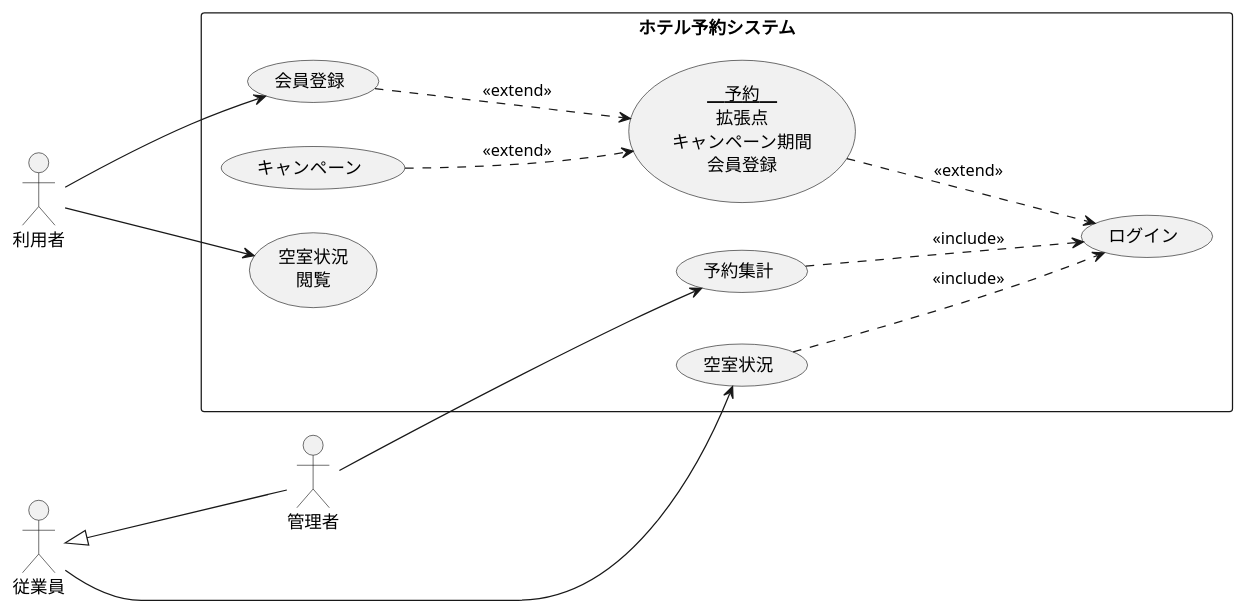
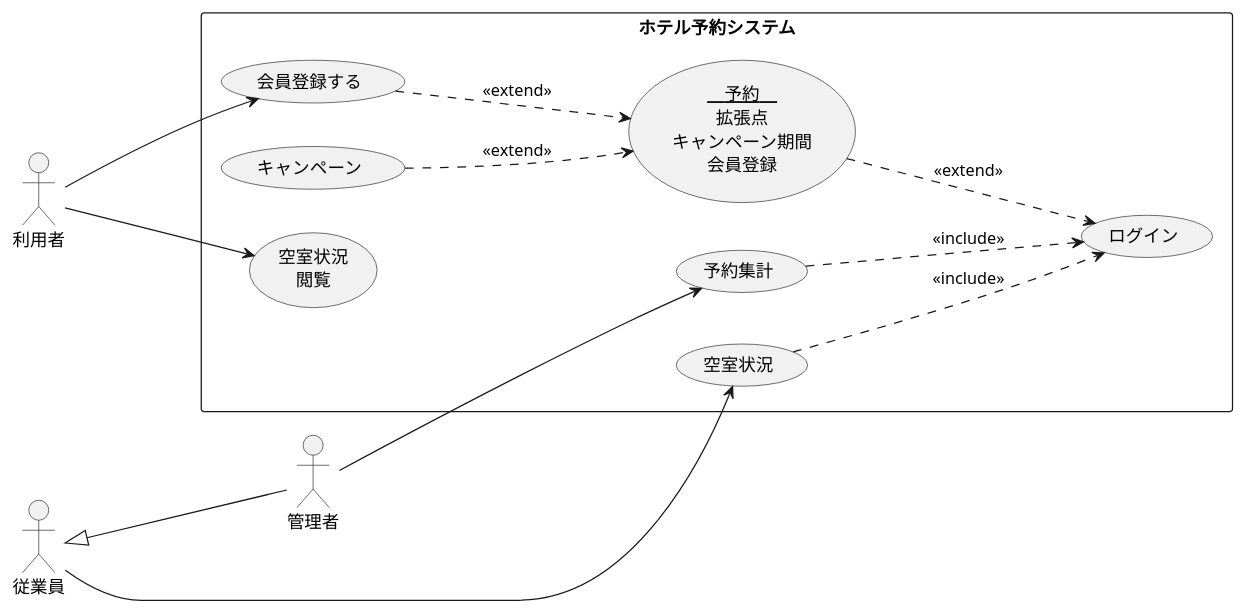
One commit to hosokawa3217/uml-exercises changed the diagram in 総合演習1 解答ホテル予約システムのユースケース図.pu. Above: the diagram before and after it, drawn with PlantUML. The commit also changed 47 other files, not shown here.

```diff
--- a/総合演習1 解答ホテル予約システムのユースケース図.pu
+++ b/総合演習1 解答ホテル予約システムのユースケース図.pu
@@ -1,32 +1,32 @@
 @startuml 総合演習１
     left to right direction
     actor 利用者
     actor 管理者 
     actor 従業員
   
     rectangle ホテル予約システム {
         usecase (空室状況\n閲覧) as eturan
         usecase a #FFFFFF;line:white;text:white;
         ' 予約 ...> ログイン:<< include >>
         usecase (<u>　予約　</u>\n拡張点\nキャンペーン期間\n会員登録) as yoyaku
         usecase ログイン
         usecase キャンペーン
         usecase 予約集計
-        usecase 会員登録
+        usecase 会員登録する
         usecase 空室状況
         
         yoyaku <.up.. キャンペーン:<< extend >>
-        yoyaku <.up.. 会員登録:<< extend >>
+        yoyaku <.up.. 会員登録する:<< extend >>
         yoyaku ...> ログイン:<< extend >>
 
         空室状況 ...> ログイン:<< include >>
         予約集計 ...> ログイン:<< include >>
 
     }
     利用者 ---> eturan
-    利用者 ---> 会員登録
+    利用者 ---> 会員登録する
     管理者 ---> 予約集計
     従業員 ---> 空室状況
     従業員<|--- 管理者 
     
 @enduml
```
